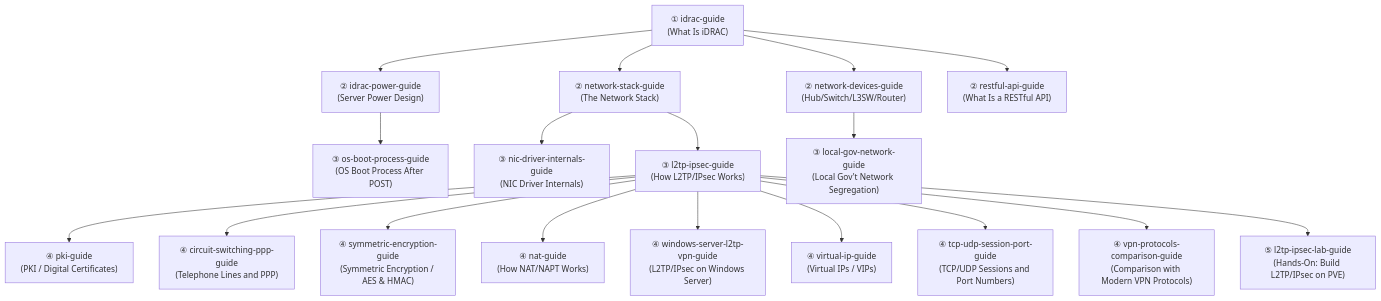
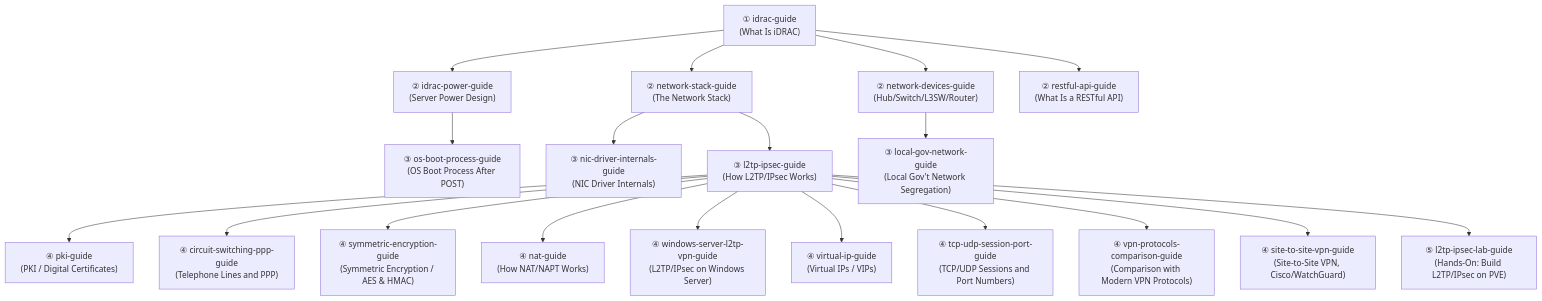
Before and after one commit to koikoi1998/koikoi-blog-20260723: the diagram in src/pages/en/sitemap.md, drawn with Mermaid. The commit also changed other lines of this file and 7 other files, not shown here.

First line of the commit message:
拠点間VPN(Site-to-Site VPN)記事を新設し、l2tp-ipsec-guideのトンネルモード節から深掘りリンクを追加

````diff
--- a/src/pages/en/sitemap.md
+++ b/src/pages/en/sitemap.md
@@ -20,39 +20,41 @@
 ```mermaid
 graph TB
     Idrac["① idrac-guide<br/>(What Is iDRAC)"]
     Power["② idrac-power-guide<br/>(Server Power Design)"]
     Net["② network-stack-guide<br/>(The Network Stack)"]
     Devices["② network-devices-guide<br/>(Hub/Switch/L3SW/Router)"]
     Api["② restful-api-guide<br/>(What Is a RESTful API)"]
     Boot["③ os-boot-process-guide<br/>(OS Boot Process After POST)"]
     Nic["③ nic-driver-internals-guide<br/>(NIC Driver Internals)"]
     L2tp["③ l2tp-ipsec-guide<br/>(How L2TP/IPsec Works)"]
     GovNet["③ local-gov-network-guide<br/>(Local Gov't Network Segregation)"]
     Pki["④ pki-guide<br/>(PKI / Digital Certificates)"]
     Circuit["④ circuit-switching-ppp-guide<br/>(Telephone Lines and PPP)"]
     Sym["④ symmetric-encryption-guide<br/>(Symmetric Encryption / AES & HMAC)"]
     Nat["④ nat-guide<br/>(How NAT/NAPT Works)"]
     Winvpn["④ windows-server-l2tp-vpn-guide<br/>(L2TP/IPsec on Windows Server)"]
     Vip["④ virtual-ip-guide<br/>(Virtual IPs / VIPs)"]
     TcpUdp["④ tcp-udp-session-port-guide<br/>(TCP/UDP Sessions and Port Numbers)"]
     VpnCompare["④ vpn-protocols-comparison-guide<br/>(Comparison with Modern VPN Protocols)"]
+    S2s["④ site-to-site-vpn-guide<br/>(Site-to-Site VPN, Cisco/WatchGuard)"]
     L2tpLab["⑤ l2tp-ipsec-lab-guide<br/>(Hands-On: Build L2TP/IPsec on PVE)"]
 
     Idrac --> Power
     Idrac --> Net
     Idrac --> Devices
     Idrac --> Api
     Power --> Boot
     Net --> Nic
     Net --> L2tp
     Devices --> GovNet
     L2tp --> Pki
     L2tp --> Circuit
     L2tp --> Sym
     L2tp --> Nat
     L2tp --> Winvpn
     L2tp --> Vip
     L2tp --> TcpUdp
     L2tp --> VpnCompare
+    L2tp --> S2s
     L2tp --> L2tpLab
 ```
````
